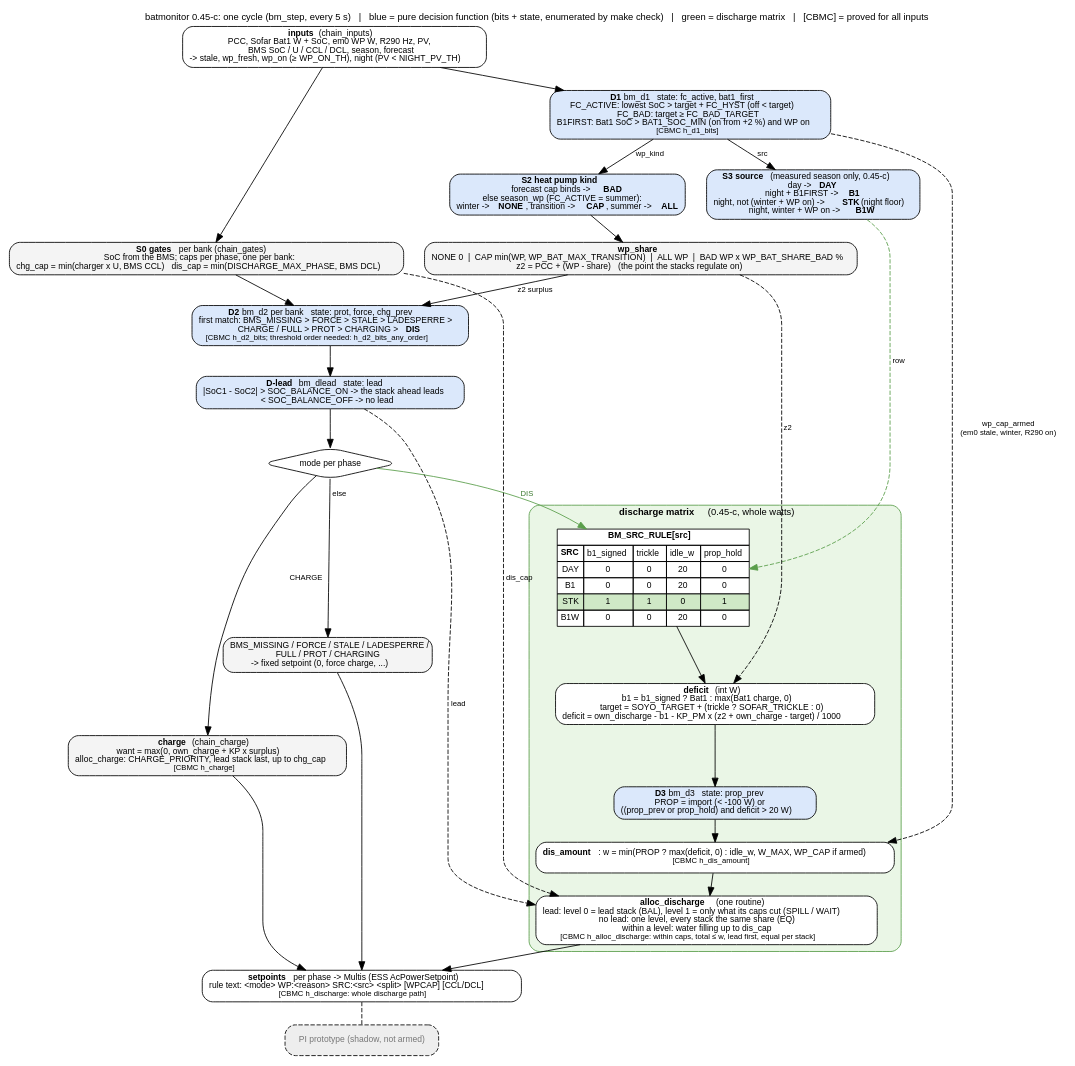
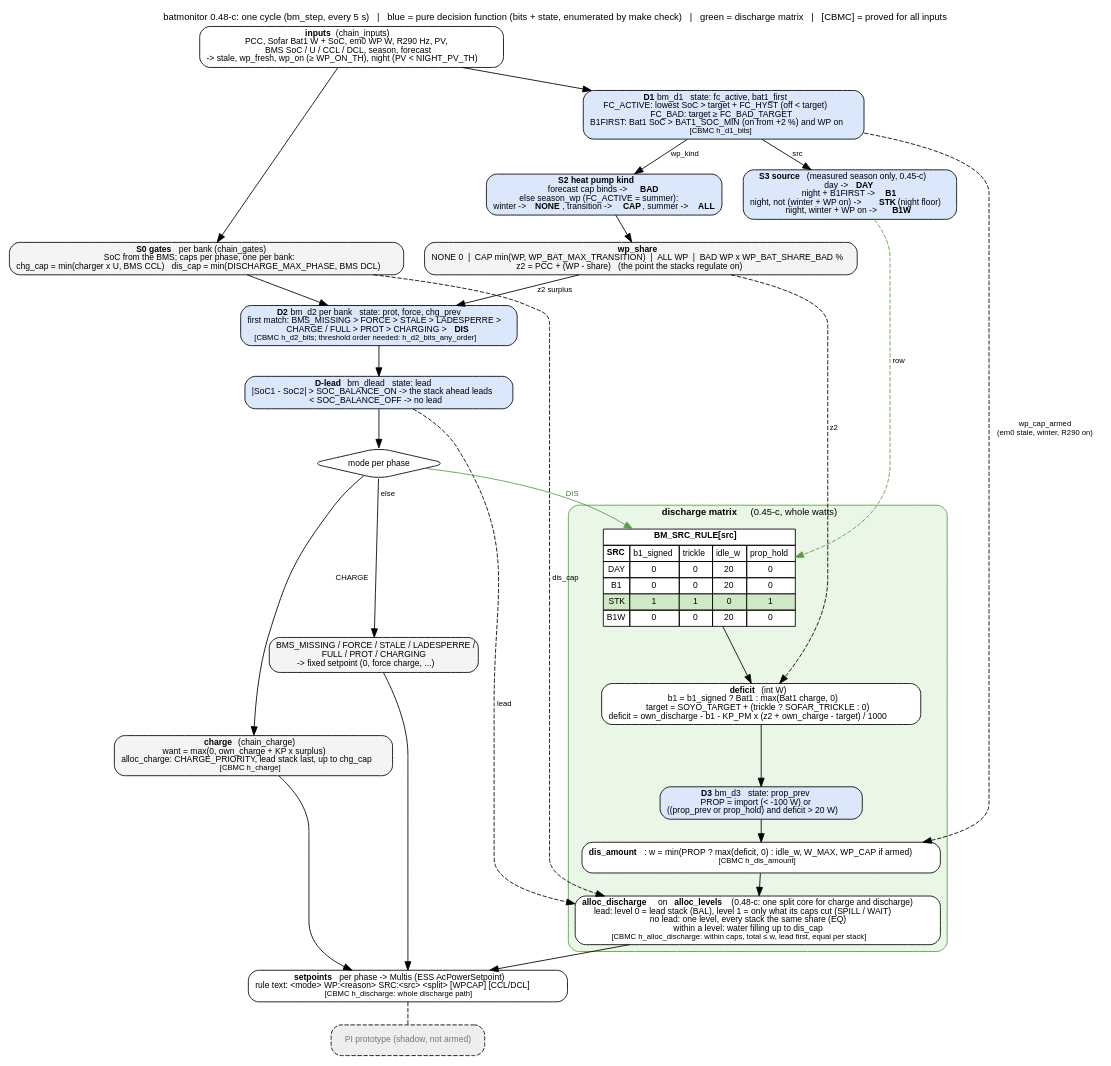
One commit to gerontec/victron changed the diagram in docs/decision_flow.dot. Above: the diagram before and after it, drawn with Graphviz. The commit also changed 18 other files, not shown here.

```diff
--- a/docs/decision_flow.dot
+++ b/docs/decision_flow.dot
@@ -1,75 +1,75 @@
 // batmonitor 0.45-c: decision flow of one cycle (bm_step), the discharge matrix highlighted.
 // render: dot -Tpdf decision_flow.dot -o decision_flow.pdf   (or -Tpng)
 digraph batmonitor {
 	graph [rankdir=TB, fontname="Helvetica", fontsize=11, nodesep=0.35, ranksep=0.35, newrank=true,
-		   label="batmonitor 0.45-c: one cycle (bm_step, every 5 s)   |   blue = pure decision function (bits + state, enumerated by make check)   |   green = discharge matrix   |   [CBMC] = proved for all inputs",
+		   label="batmonitor 0.48-c: one cycle (bm_step, every 5 s)   |   blue = pure decision function (bits + state, enumerated by make check)   |   green = discharge matrix   |   [CBMC] = proved for all inputs",
 		   labelloc=t];
 	node [shape=box, style="rounded,filled", fillcolor="#f4f4f4", fontname="Helvetica", fontsize=10];
 	edge [fontname="Helvetica", fontsize=9];
 
 	in [label=<<b>inputs</b> (chain_inputs)<br/>PCC, Sofar Bat1 W + SoC, em0 WP W, R290 Hz, PV,<br/>BMS SoC / U / CCL / DCL, season, forecast<br/>-&gt; stale, wp_fresh, wp_on (&ge; WP_ON_TH), night (PV &lt; NIGHT_PV_TH)>, fillcolor="#ffffff"];
 
 	d1 [label=<<b>D1</b> bm_d1   state: fc_active, bat1_first<br/>FC_ACTIVE: lowest SoC &gt; target + FC_HYST (off &lt; target)<br/>FC_BAD: target &ge; FC_BAD_TARGET<br/>B1FIRST: Bat1 SoC &gt; BAT1_SOC_MIN (on from +2 %) and WP on<br/><font point-size="9">[CBMC h_d1_bits]</font>>, fillcolor="#dbe8fb"];
 
 	src [label=<<b>S3 source</b> (measured season only, 0.45-c)<br/>day -&gt; <b>DAY</b><br/>night + B1FIRST -&gt; <b>B1</b><br/>night, not (winter + WP on) -&gt; <b>STK</b> (night floor)<br/>night, winter + WP on -&gt; <b>B1W</b>>, fillcolor="#dbe8fb"];
 
 	wpk [label=<<b>S2 heat pump kind</b><br/>forecast cap binds -&gt; <b>BAD</b><br/>else season_wp (FC_ACTIVE = summer):<br/>winter -&gt; <b>NONE</b>, transition -&gt; <b>CAP</b>, summer -&gt; <b>ALL</b>>, fillcolor="#dbe8fb"];
 
 	share [label=<<b>wp_share</b><br/>NONE 0  |  CAP min(WP, WP_BAT_MAX_TRANSITION)  |  ALL WP  |  BAD WP x WP_BAT_SHARE_BAD %<br/>z2 = PCC + (WP - share)   (the point the stacks regulate on)>];
 
 	gates [label=<<b>S0 gates</b> per bank (chain_gates)<br/>SoC from the BMS; caps per phase, one per bank:<br/>chg_cap = min(charger x U, BMS CCL)   dis_cap = min(DISCHARGE_MAX_PHASE, BMS DCL)>];
 
 	d2 [label=<<b>D2</b> bm_d2 per bank   state: prot, force, chg_prev<br/>first match: BMS_MISSING &gt; FORCE &gt; STALE &gt; LADESPERRE &gt;<br/>CHARGE / FULL &gt; PROT &gt; CHARGING &gt; <b>DIS</b><br/><font point-size="9">[CBMC h_d2_bits; threshold order needed: h_d2_bits_any_order]</font>>, fillcolor="#dbe8fb"];
 
 	lead [label=<<b>D-lead</b> bm_dlead   state: lead<br/>|SoC1 - SoC2| &gt; SOC_BALANCE_ON -&gt; the stack ahead leads<br/>&lt; SOC_BALANCE_OFF -&gt; no lead>, fillcolor="#dbe8fb"];
 
 	modesplit [label="mode per phase", shape=diamond, fillcolor="#ffffff"];
 	other [label=<BMS_MISSING / FORCE / STALE / LADESPERRE /<br/>FULL / PROT / CHARGING<br/>-&gt; fixed setpoint (0, force charge, ...)>];
 
 	subgraph cluster_dis {
 		label=<<b>discharge matrix</b> (0.45-c, whole watts)>; style="rounded,filled"; fillcolor="#eaf6e6"; color="#5a9e4b"; fontsize=11;
 		rule [shape=plain, fillcolor="#ffffff", label=<
 			<table border="0" cellborder="1" cellspacing="0" cellpadding="3" bgcolor="#ffffff">
 			<tr><td colspan="5"><b>BM_SRC_RULE[src]</b></td></tr>
 			<tr><td><b>SRC</b></td><td>b1_signed</td><td>trickle</td><td>idle_w</td><td>prop_hold</td></tr>
 			<tr><td>DAY</td><td>0</td><td>0</td><td>20</td><td>0</td></tr>
 			<tr><td>B1</td><td>0</td><td>0</td><td>20</td><td>0</td></tr>
 			<tr><td bgcolor="#cfe8c6">STK</td><td bgcolor="#cfe8c6">1</td><td bgcolor="#cfe8c6">1</td><td bgcolor="#cfe8c6">0</td><td bgcolor="#cfe8c6">1</td></tr>
 			<tr><td>B1W</td><td>0</td><td>0</td><td>20</td><td>0</td></tr>
 			</table>>];
 		deficit [label=<<b>deficit</b> (int W)<br/>b1 = b1_signed ? Bat1 : max(Bat1 charge, 0)<br/>target = SOYO_TARGET + (trickle ? SOFAR_TRICKLE : 0)<br/>deficit = own_discharge - b1 - KP_PM x (z2 + own_charge - target) / 1000>, fillcolor="#ffffff"];
 		d3 [label=<<b>D3</b> bm_d3   state: prop_prev<br/>PROP = import (&lt; -100 W) or<br/>((prop_prev or prop_hold) and deficit &gt; 20 W)>, fillcolor="#dbe8fb"];
 		amount [label=<<b>dis_amount</b>: w = min(PROP ? max(deficit, 0) : idle_w, W_MAX, WP_CAP if armed)<br/><font point-size="9">[CBMC h_dis_amount]</font>>, fillcolor="#ffffff"];
-		alloc [label=<<b>alloc_discharge</b> (one routine)<br/>lead: level 0 = lead stack (BAL), level 1 = only what its caps cut (SPILL / WAIT)<br/>no lead: one level, every stack the same share (EQ)<br/>within a level: water filling up to dis_cap<br/><font point-size="9">[CBMC h_alloc_discharge: within caps, total &le; w, lead first, equal per stack]</font>>, fillcolor="#ffffff"];
+		alloc [label=<<b>alloc_discharge</b> on <b>alloc_levels</b> (0.48-c: one split core for charge and discharge)<br/>lead: level 0 = lead stack (BAL), level 1 = only what its caps cut (SPILL / WAIT)<br/>no lead: one level, every stack the same share (EQ)<br/>within a level: water filling up to dis_cap<br/><font point-size="9">[CBMC h_alloc_discharge: within caps, total &le; w, lead first, equal per stack]</font>>, fillcolor="#ffffff"];
 		rule -> deficit -> d3 -> amount -> alloc;
 	}
 
 	chg [label=<<b>charge</b> (chain_charge)<br/>want = max(0, own_charge + KP x surplus)<br/>alloc_charge: CHARGE_PRIORITY, lead stack last, up to chg_cap<br/><font point-size="9">[CBMC h_charge]</font>>];
 
 	out [label=<<b>setpoints</b> per phase -&gt; Multis (ESS AcPowerSetpoint)<br/>rule text: &lt;mode&gt; WP:&lt;reason&gt; SRC:&lt;src&gt; &lt;split&gt; [WPCAP] [CCL/DCL]<br/><font point-size="9">[CBMC h_discharge: whole discharge path]</font>>, fillcolor="#ffffff"];
 	pi [label="PI prototype (shadow, not armed)", fillcolor="#eeeeee", fontcolor="#777777", style="rounded,filled,dashed"];
 
 	in -> d1;
 	d1 -> src [label=" src"];
 	d1 -> wpk [label=" wp_kind"];
 	wpk -> share;
 	in -> gates;
 	share -> d2 [label=" z2 surplus"];
 	gates -> d2;
 	d2 -> lead;
 	lead -> modesplit;
 	modesplit -> rule [label=" DIS", color="#5a9e4b", fontcolor="#3c7a30"];
 	modesplit -> chg [label=" CHARGE"];
 	modesplit -> other [label=" else"];
 	src -> rule [color="#5a9e4b", style=dashed, label=" row"];
 	share -> deficit [style=dashed, label=" z2"];
 	d1 -> amount [style=dashed, label=" wp_cap_armed\n(em0 stale, winter, R290 on)"];
 	gates -> alloc [style=dashed, label=" dis_cap"];
 	lead -> alloc [style=dashed, label=" lead"];
 	alloc -> out;
 	chg -> out;
 	other -> out;
 	out -> pi [style=dashed, arrowhead=none];
 
 	{rank=same; src; wpk;}
 }
```
